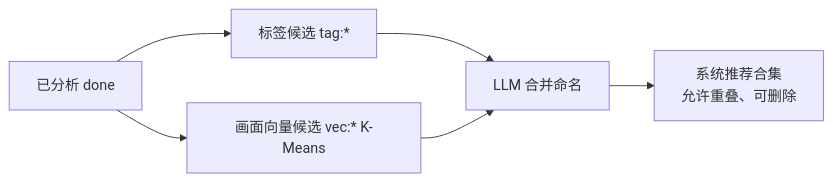
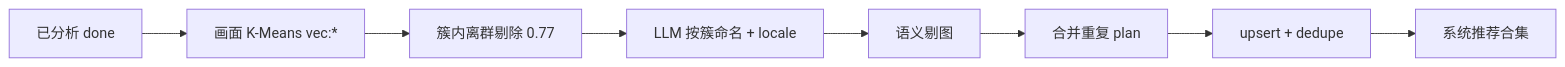
The second of 2 diagrams in docs/temp/ai-dev-plan.md (OXOYO/Flying-Bird-Wallpaper), drawn with Mermaid before and after one commit. The commit also changed other lines of this file and 33 other files, not shown here.

````diff
--- a/docs/temp/ai-dev-plan.md
+++ b/docs/temp/ai-dev-plan.md
@@ -154,8 +154,10 @@
 ```mermaid
 flowchart LR
-  A[已分析 done] --> B[标签候选 tag:*]
-  A --> C[画面向量候选 vec:* K-Means]
-  B --> D[LLM 合并命名]
-  C --> D
-  D --> E[系统推荐合集<br/>允许重叠、可删除]
+  A[已分析 done] --> B[画面 K-Means vec:*]
+  B --> C[簇内离群剔除 0.77]
+  C --> D[LLM 按簇命名 + locale]
+  D --> E[语义剔图]
+  E --> F[合并重复 plan]
+  F --> G[upsert + dedupe]
+  G --> H[系统推荐合集]
 ```
````
